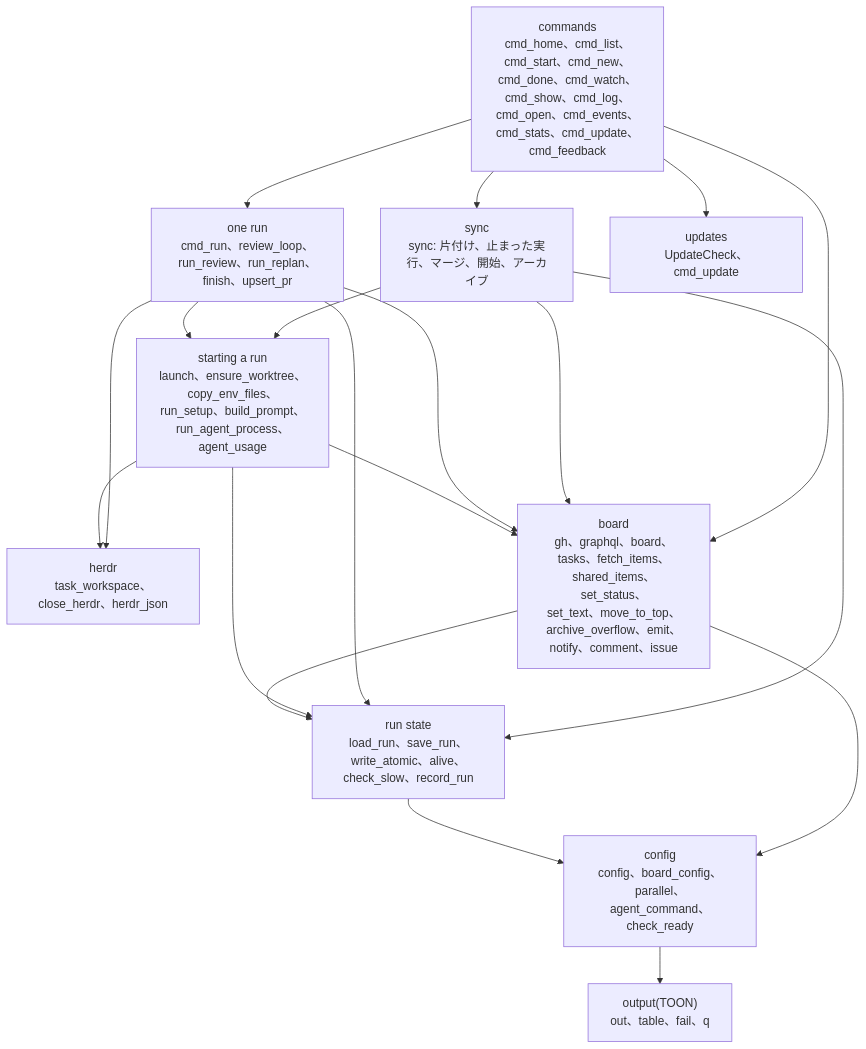
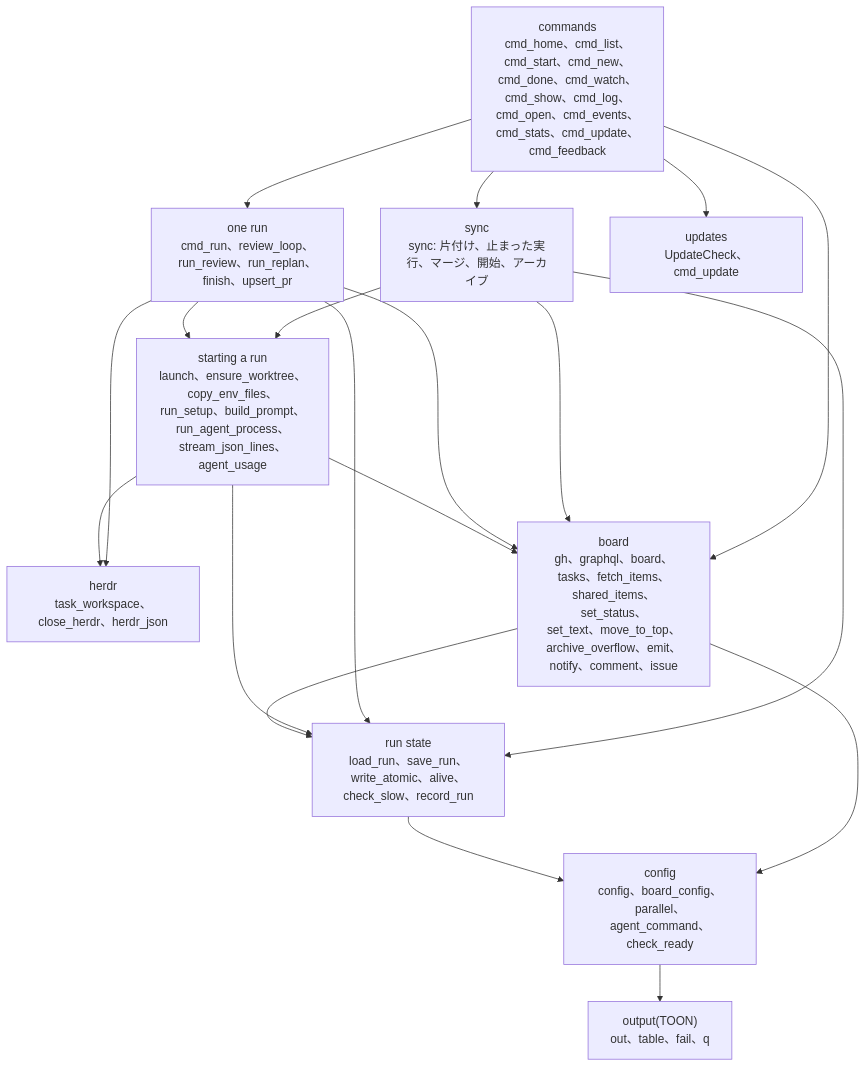
One commit to dip-ka-jo/task-hub-1 changed the first of 7 diagrams in docs/architecture/lld.md. Above: the diagram before and after it, drawn with Mermaid. The commit also changed other lines of this file and 5 other files, not shown here.

````diff
--- a/docs/architecture/lld.md
+++ b/docs/architecture/lld.md
@@ -11,32 +11,32 @@
 ```mermaid
 flowchart TB
     commands["commands<br/>cmd_home、cmd_list、cmd_start、cmd_new、cmd_done、cmd_watch、<br/>cmd_show、cmd_log、cmd_open、cmd_events、cmd_stats、cmd_update、cmd_feedback"]
     sync["sync<br/>sync: 片付け、止まった実行、マージ、開始、アーカイブ"]
     runone["one run<br/>cmd_run、review_loop、run_review、run_replan、finish、upsert_pr"]
-    start["starting a run<br/>launch、ensure_worktree、copy_env_files、run_setup、build_prompt、<br/>run_agent_process、agent_usage"]
+    start["starting a run<br/>launch、ensure_worktree、copy_env_files、run_setup、build_prompt、<br/>run_agent_process、stream_json_lines、agent_usage"]
     herdr["herdr<br/>task_workspace、close_herdr、herdr_json"]
     runstate["run state<br/>load_run、save_run、write_atomic、alive、check_slow、record_run"]
     boardl["board<br/>gh、graphql、board、tasks、fetch_items、shared_items、set_status、<br/>set_text、move_to_top、archive_overflow、emit、notify、comment、issue"]
     config["config<br/>config、board_config、parallel、agent_command、check_ready"]
     output["output(TOON)<br/>out、table、fail、q"]
     updates["updates<br/>UpdateCheck、cmd_update"]
 
     commands --> sync
     commands --> runone
     commands --> boardl
     commands --> updates
     sync --> start
     sync --> boardl
     sync --> runstate
     runone --> start
     runone --> boardl
     runone --> runstate
     runone --> herdr
     start --> herdr
     start --> runstate
     start --> boardl
     boardl --> runstate
     boardl --> config
     runstate --> config
     config --> output
 ```
````
